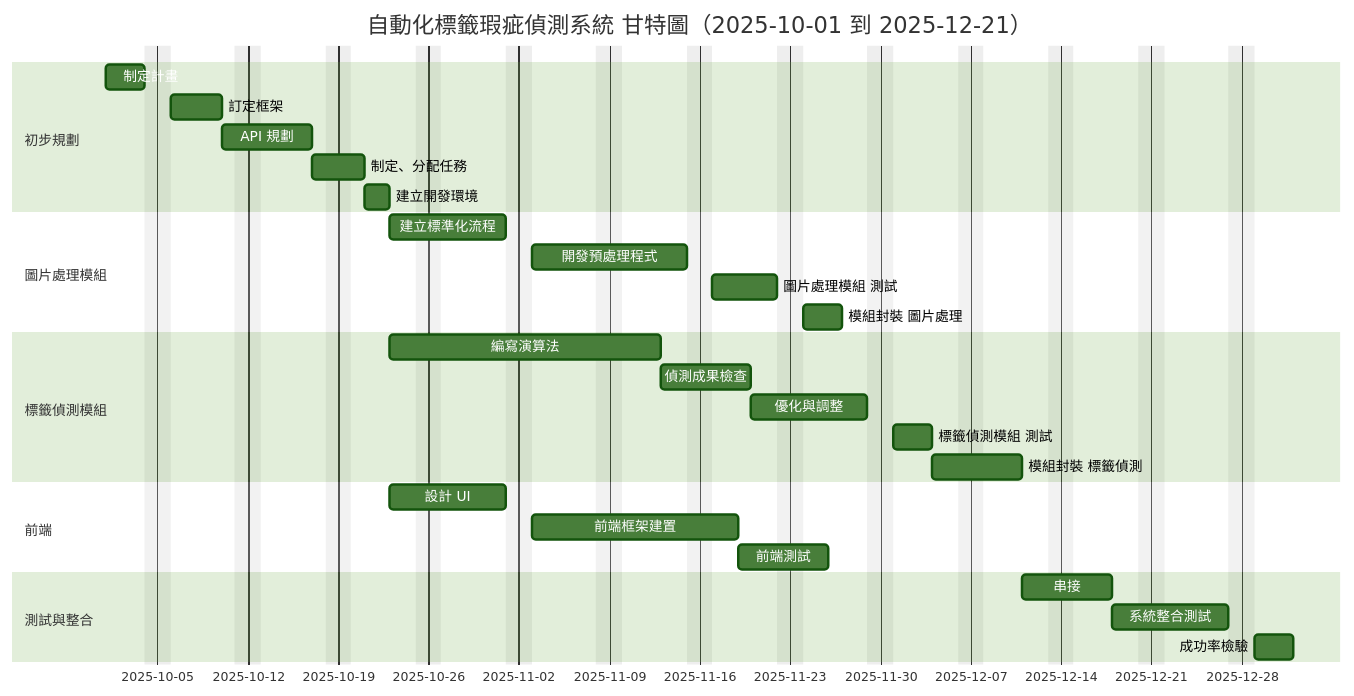
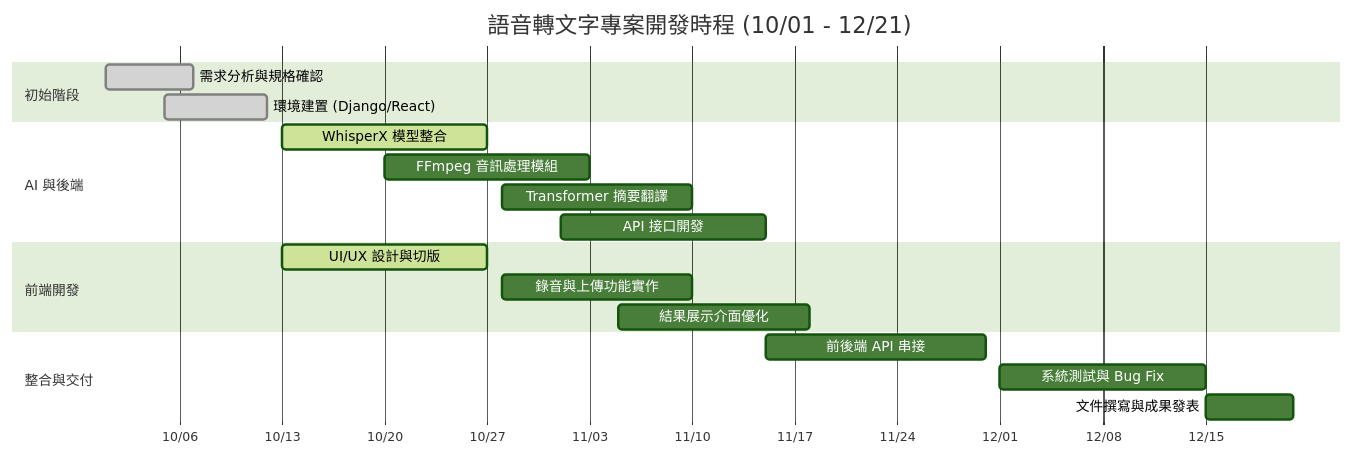
One commit to shu498/SASDteam3 changed the diagram in Planning.md. Above: the diagram before and after it, drawn with Mermaid (forest theme). The commit also changed other lines of this file, not shown here.

````diff
--- a/Planning.md
+++ b/Planning.md
@@ -32,36 +15,26 @@
 ```mermaid
 gantt
+    title 語音轉文字專案開發時程 (10/01 - 12/21)
     dateFormat  YYYY-MM-DD
-    title 自動化標籤瑕疵偵測系統 甘特圖（2025-10-01 到 2025-12-21）
-    excludes    weekends
+    axisFormat  %m/%d
+    
+    section 初始階段
+    需求分析與規格確認        :done,    p1, 2024-10-01, 2024-10-07
+    環境建置 (Django/React)   :done,    p2, 2024-10-05, 2024-10-12
 
-    section 初步規劃
-    制定計畫               :a1, 2025-10-01, 3d
-    訂定框架               :a2, after a1, 4d
-    API 規劃               :a3, after a2, 5d
-    制定、分配任務         :a4, after a3, 2d
-    建立開發環境           :dev, after a4, 2d
+    section AI 與後端
+    WhisperX 模型整合         :active,  b1, 2024-10-13, 2024-10-27
+    FFmpeg 音訊處理模組       :         b2, 2024-10-20, 2024-11-03
+    Transformer 摘要翻譯      :         b3, 2024-10-28, 2024-11-10
+    API 接口開發              :         b4, 2024-11-01, 2024-11-15
 
-    section 圖片處理模組
-    建立標準化流程         :b1, after dev, 7d
-    開發預處理程式         :b2, after b1, 10d
-    圖片處理模組 測試      :b3, after b2, 5d
-    模組封裝 圖片處理      :b4, after b3, 3d
+    section 前端開發
+    UI/UX 設計與切版          :active,  f1, 2024-10-13, 2024-10-27
+    錄音與上傳功能實作        :         f2, 2024-10-28, 2024-11-10
+    結果展示介面優化          :         f3, 2024-11-05, 2024-11-18
 
-    section 標籤偵測模組
-    編寫演算法             :c1, after dev, 15d
-    偵測成果檢查           :c2, after c1, 5d
-    優化與調整             :c3, after c2, 7d
-    標籤偵測模組 測試          :c4, after c3, 3d
-    模組封裝 標籤偵測      :c5, after c4, 5d
-
-    section 前端
-    設計 UI                :d1, after dev, 7d
-    前端框架建置           :d2, after d1, 12d
-    前端測試               :d3, after d2, 5d
-
-    section 測試與整合
-    串接                   :e2, after c5, 5d
-    系統整合測試           :e3, after e2, 7d
-    成功率檢驗             :e4, after e3, 3d
+    section 整合與交付
+    前後端 API 串接           :         i1, 2024-11-15, 2024-11-30
+    系統測試與 Bug Fix        :         t1, 2024-12-01, 2024-12-15
+    文件撰寫與成果發表        :         t2, 2024-12-15, 2024-12-21
 ```
````
